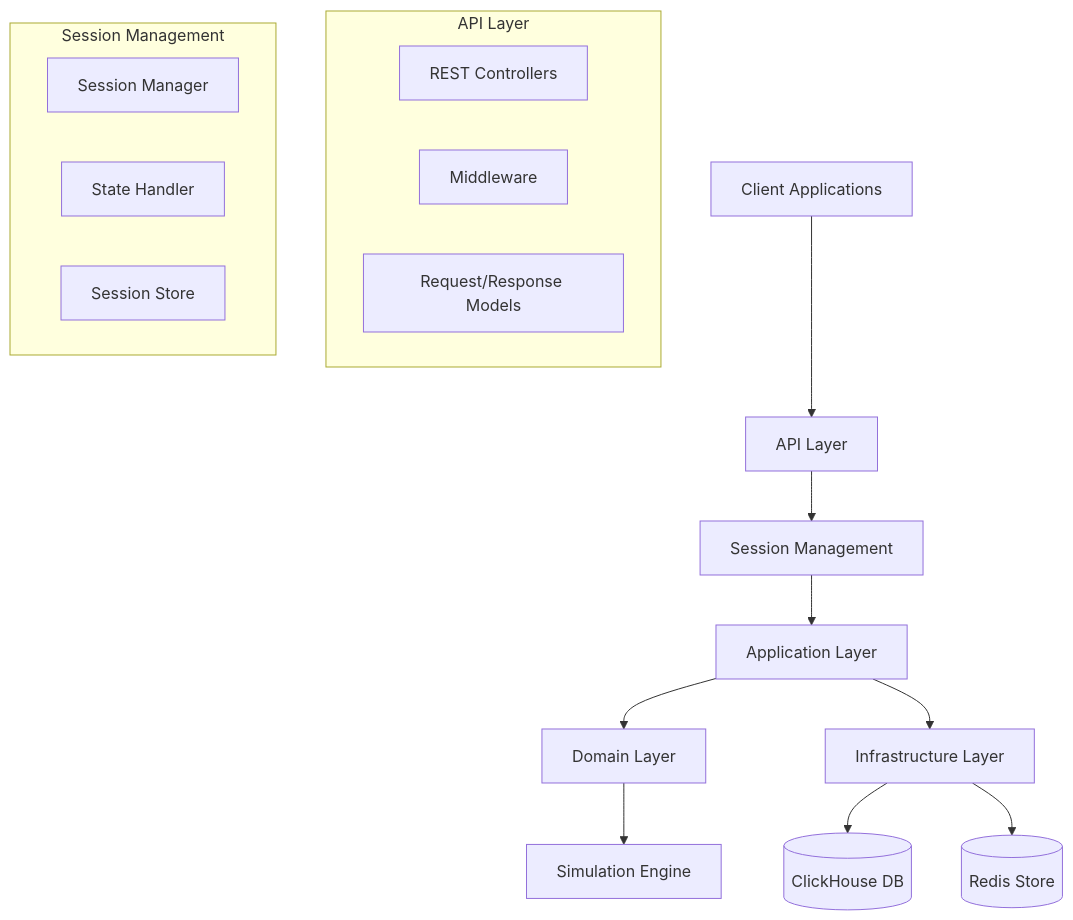
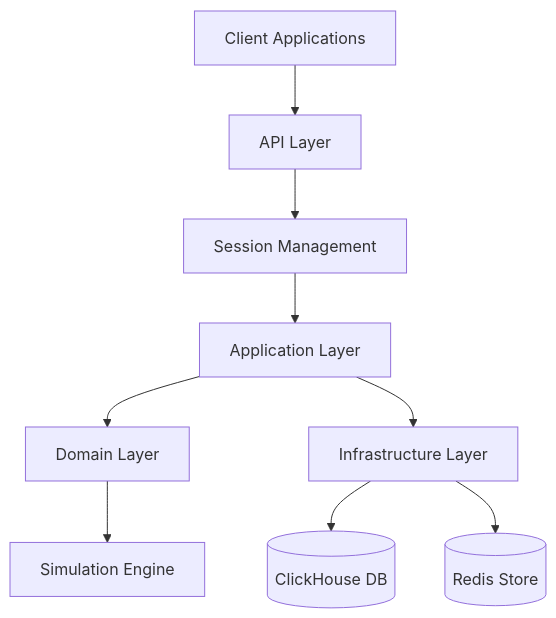
One commit to joaquinbejar/OptionChain-Simulator changed the first of 5 diagrams in README.md. Above: the diagram before and after it, drawn with Mermaid. The commit also changed other lines of this file and 1 other file, not shown here.

Commit message:
Simplify documentation by removing redundant examples.
Removed obsolete diagrams and repetitive comments in `lib.rs` and `README.md`. Streamlined content to improve clarity and maintain relevance to current implementation.

````diff
--- a/README.md
+++ b/README.md
@@ -24,23 +24,11 @@
 ```mermaid
 flowchart TD
 Client[Client Applications] --> API[API Layer]
 API --> SM[Session Management]
 SM --> App[Application Layer]
 App --> Domain[Domain Layer]
 App --> Infra[Infrastructure Layer]
 Domain --> SimEngine[Simulation Engine]
 Infra --> ClickHouse[(ClickHouse DB)]
 Infra --> Redis[(Redis Store)]
-
-subgraph API Layer
-Controllers[REST Controllers]
-Middleware[Middleware]
-Models[Request/Response Models]
-end
-
-subgraph Session Management
-SessionMgr[Session Manager]
-StateHandler[State Handler]
-SessionStore[Session Store]
-end
 ```
````
